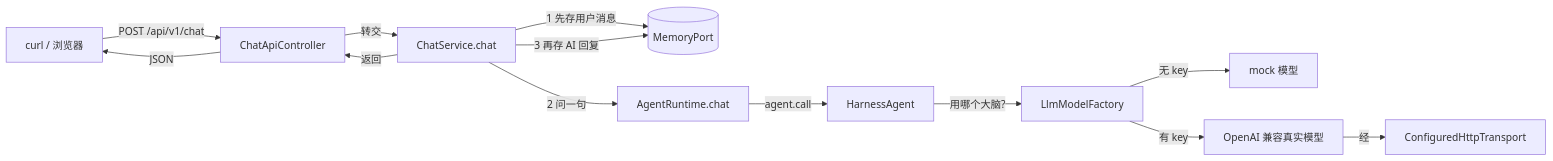
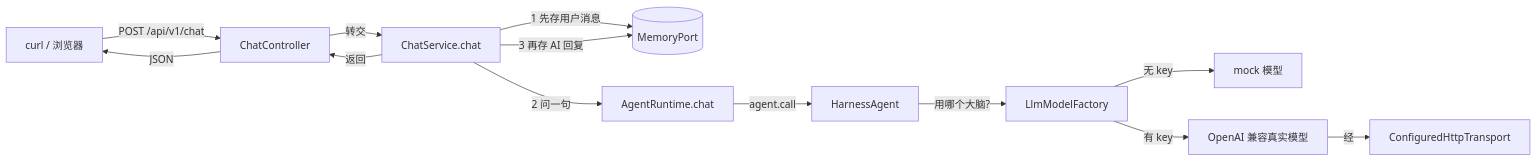
One commit to CHEN4042/OpenAlice changed the diagram in docs/代码学习导览 v0.1.md. Above: the diagram before and after it, drawn with Mermaid. The commit also changed other lines of this file and 20 other files, not shown here.

First line of the commit message:
refactor(openalice): enums 集中 + 命名统一（ChatController / ChatResponse）

````diff
--- a/docs/代码学习导览 v0.1.md
+++ b/docs/代码学习导览 v0.1.md
@@ -116,15 +118,15 @@
 ```mermaid
 flowchart LR
-    U[curl / 浏览器] -->|POST /api/v1/chat| C[ChatApiController]
+    U[curl / 浏览器] -->|POST /api/v1/chat| C[ChatController]
     C -->|转交| S[ChatService.chat]
     S -->|1 先存用户消息| M[(MemoryPort)]
     S -->|2 问一句| R[AgentRuntime.chat]
     R -->|agent.call| H[HarnessAgent]
     H -->|用哪个大脑?| F[LlmModelFactory]
     F -->|无 key| D[mock 模型]
     F -->|有 key| L[OpenAI 兼容真实模型]
     L -->|经| T[ConfiguredHttpTransport]
     S -->|3 再存 AI 回复| M
     S -->|返回| C
     C -->|JSON| U
 ```
````
